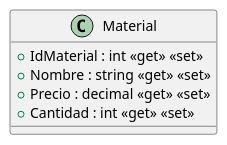
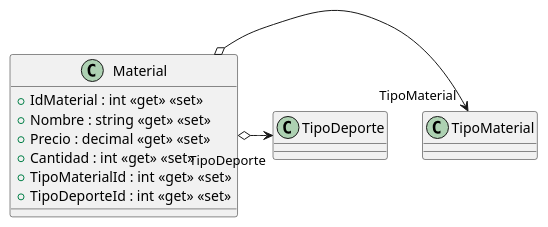
Before and after one commit to 2026-27AstonMartin/ISII2627AstonMartin: the diagram in src/AppForSEII.API/ClassDiagram/Models/Material.puml, drawn with PlantUML. The commit also changed 4 other files, not shown here.

Commit message:
Actualizar clase Material según el diagrama

```diff
--- a/src/AppForSEII.API/ClassDiagram/Models/Material.puml
+++ b/src/AppForSEII.API/ClassDiagram/Models/Material.puml
@@ -1,8 +1,12 @@
 @startuml
 class Material {
     + IdMaterial : int <<get>> <<set>>
     + Nombre : string <<get>> <<set>>
     + Precio : decimal <<get>> <<set>>
     + Cantidad : int <<get>> <<set>>
+    + TipoMaterialId : int <<get>> <<set>>
+    + TipoDeporteId : int <<get>> <<set>>
 }
+Material o-> "TipoMaterial" TipoMaterial
+Material o-> "TipoDeporte" TipoDeporte
 @enduml
```
